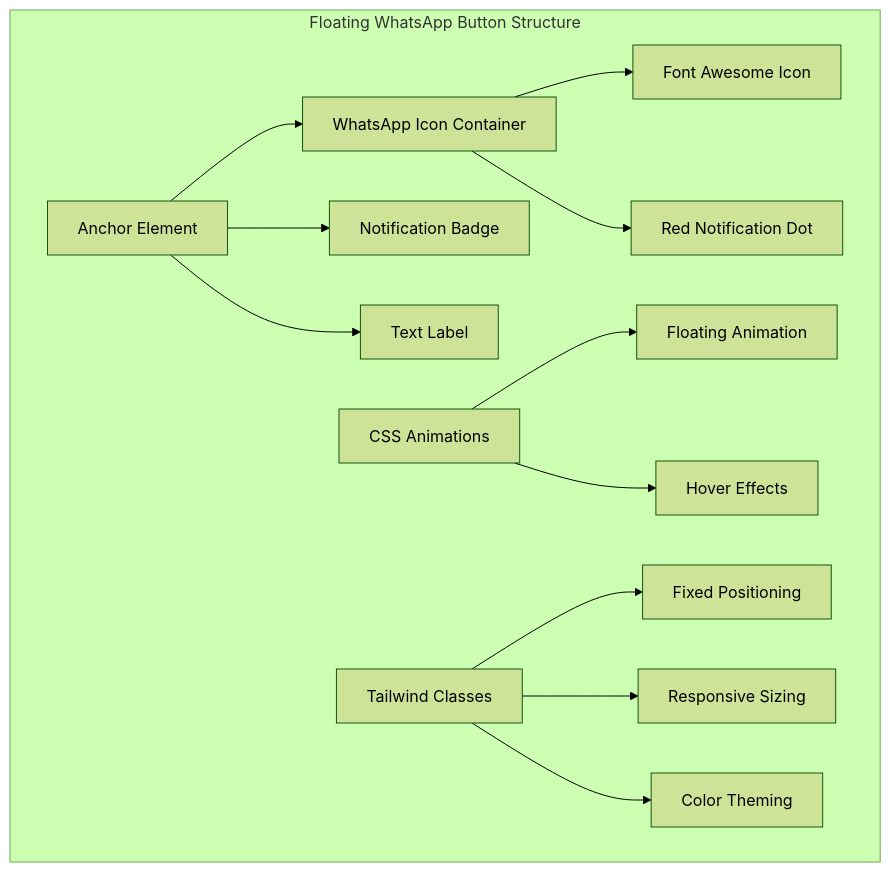
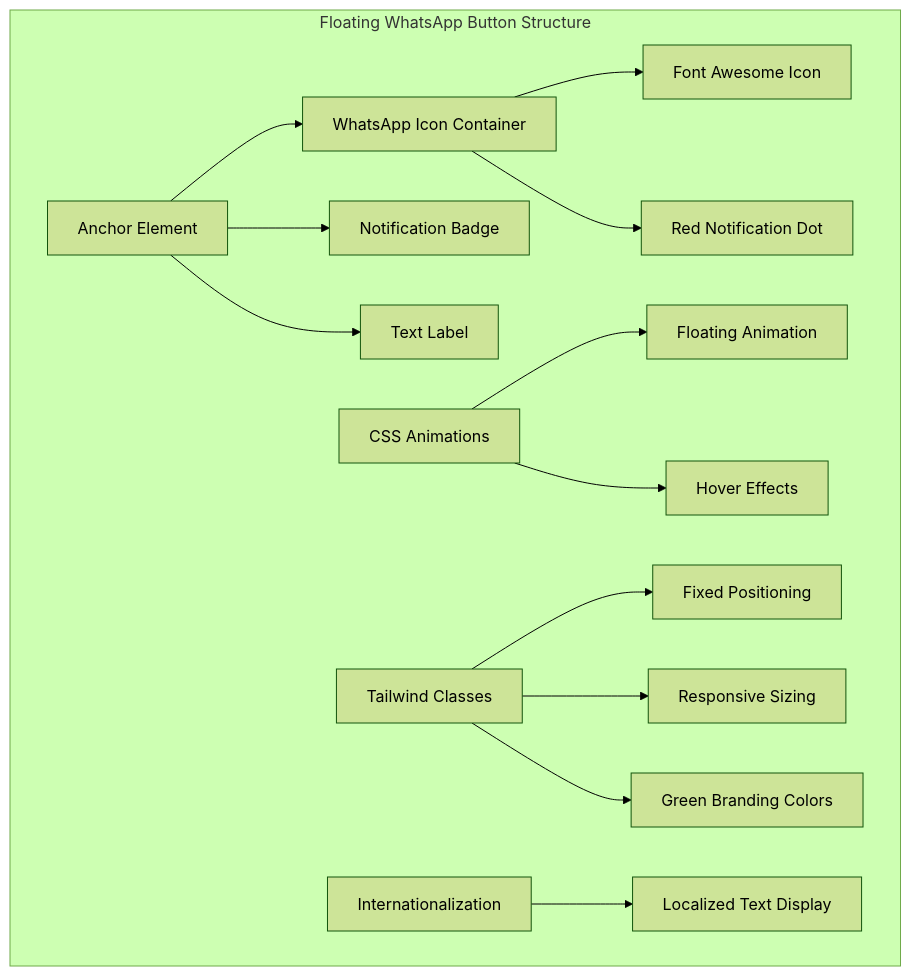
Before and after one commit to queenflowerhk/queenflowerhk.github.io: the first of 5 diagrams in .qoder/repowiki/en/content/User Interface Components/Interactive Elements/Floating WhatsApp Button.md, drawn with Mermaid (forest theme). The commit also changed other lines of this file and 36 other files, not shown here.

````diff
--- a/.qoder/repowiki/en/content/User Interface Components/Interactive Elements/Floating WhatsApp Button.md
+++ b/.qoder/repowiki/en/content/User Interface Components/Interactive Elements/Floating WhatsApp Button.md
@@ -29,15 +44,16 @@
 ```mermaid
 graph TB
 subgraph "Floating WhatsApp Button Structure"
 A[Anchor Element] --> B[WhatsApp Icon Container]
 A --> C[Notification Badge]
 A --> D[Text Label]
 B --> E[Font Awesome Icon]
 B --> F[Red Notification Dot]
 G[CSS Animations] --> H[Floating Animation]
 G --> I[Hover Effects]
 J[Tailwind Classes] --> K[Fixed Positioning]
 J --> L[Responsive Sizing]
-J --> M[Color Theming]
+J --> M[Green Branding Colors]
+N[Internationalization] --> O[Localized Text Display]
 end
 ```
````
